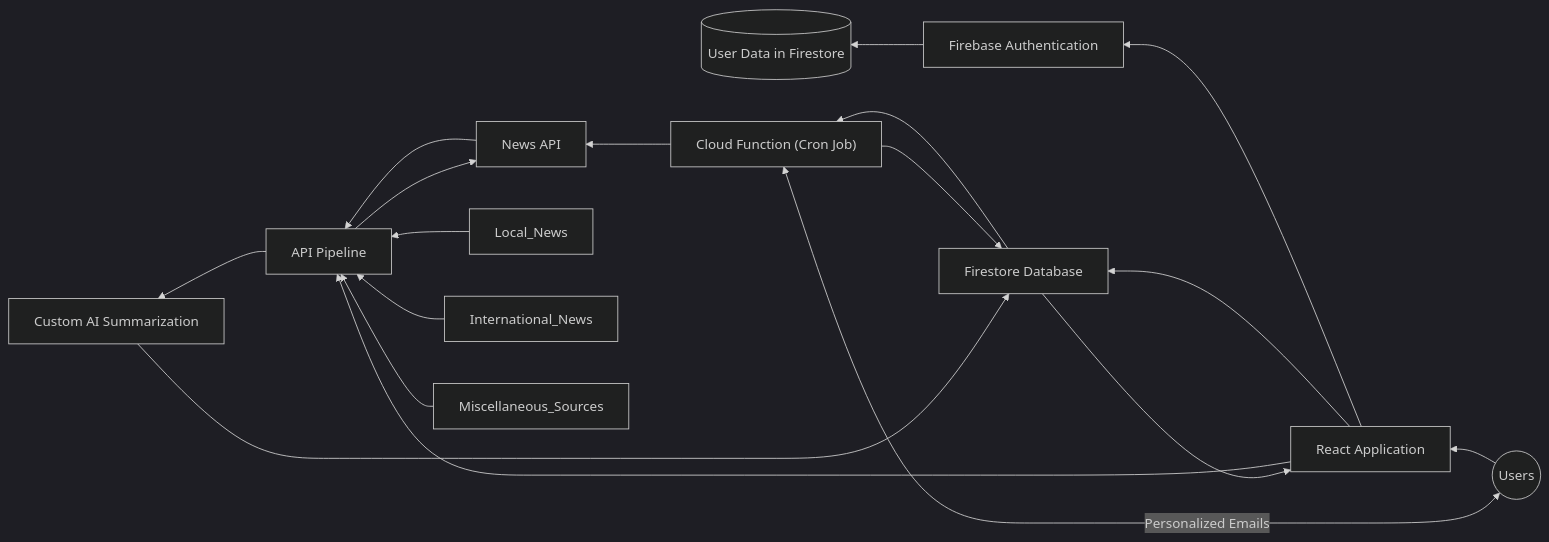
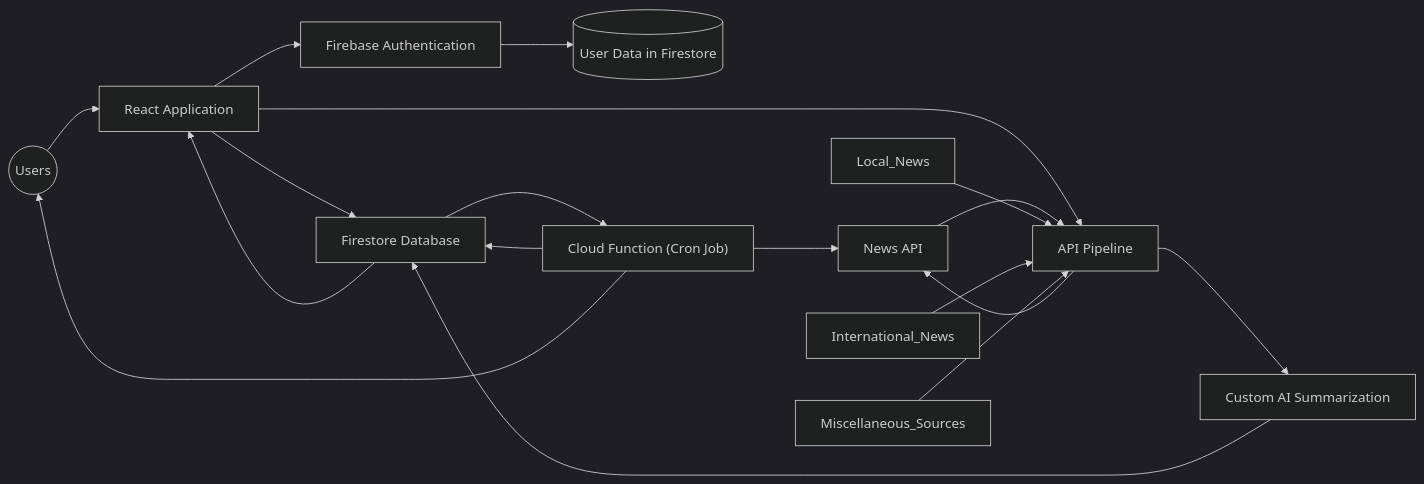
The first of 2 diagrams in README.md (Sherma-ThangamS/KYN_Hackathon), drawn with Mermaid (dark theme) before and after one commit.

````diff
--- a/README.md
+++ b/README.md
@@ -88,20 +88,20 @@
 ```mermaid
-    graph RL
+    graph LR
     Users((Users)) --> Application[React Application]
     Application --> Firebase_Auth[Firebase Authentication]
     Application --> Firestore[Firestore Database]
     Application --> API_Pipeline[API Pipeline]
     API_Pipeline --> News_API[News API]
     API_Pipeline --> Custom_AI_Summarization[Custom AI Summarization]
     Firebase_Auth --> User_Data[(User Data in Firestore)]
     Firestore --> Application
     News_API --> API_Pipeline
     Local_News --> API_Pipeline
     International_News --> API_Pipeline
     Miscellaneous_Sources --> API_Pipeline
     Custom_AI_Summarization --> Firestore
     Cron_Job["Cloud Function (Cron Job)"] --> Firestore
     Cron_Job --> News_API
     Firestore --> Cron_Job
-    Users <-- Personalized Emails --> Cron_Job
+    Cron_Job --> Users((Users))
 ```
````
